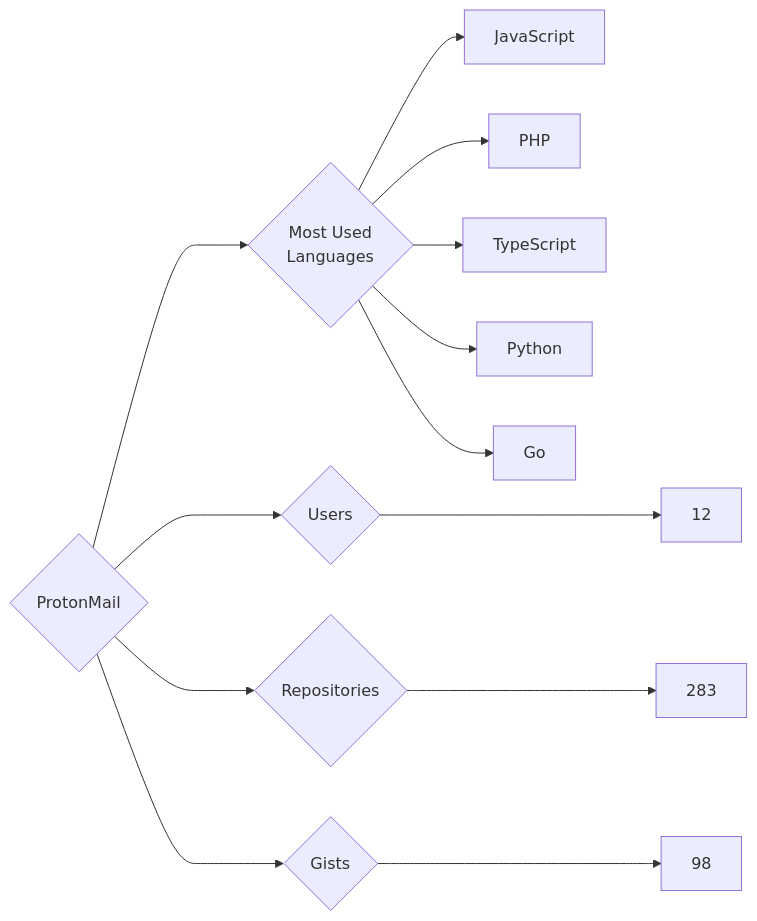
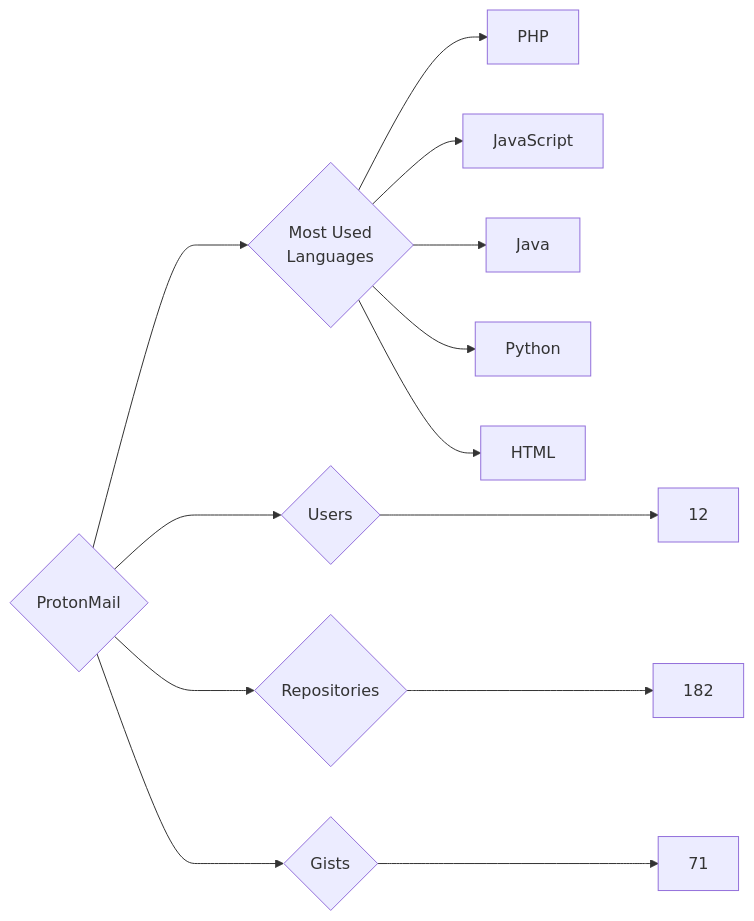
One commit to trickest/insiders changed the diagram in targets/ProtonMail/README.md. Above: the diagram before and after it, drawn with Mermaid. The commit also changed 835 other files, not shown here.

````diff
--- a/targets/ProtonMail/README.md
+++ b/targets/ProtonMail/README.md
@@ -3,13 +3,13 @@
 ```mermaid
 graph LR
 COMPANY_NAME{ProtonMail}
 COMPANY_NAME ---> U{Users} ---> UN[12]
-COMPANY_NAME ---> R{Repositories} ---> RN[283]
-COMPANY_NAME ---> G{Gists} ---> GN[98]
+COMPANY_NAME ---> R{Repositories} ---> RN[182]
+COMPANY_NAME ---> G{Gists} ---> GN[71]
 COMPANY_NAME ---> ML{Most Used<br>Languages}
+ML --> PHP[PHP]
 ML --> JavaScript[JavaScript]
-ML --> PHP[PHP]
-ML --> TypeScript[TypeScript]
+ML --> Java[Java]
 ML --> Python[Python]
-ML --> Go[Go]
+ML --> HTML[HTML]
 ```
````
